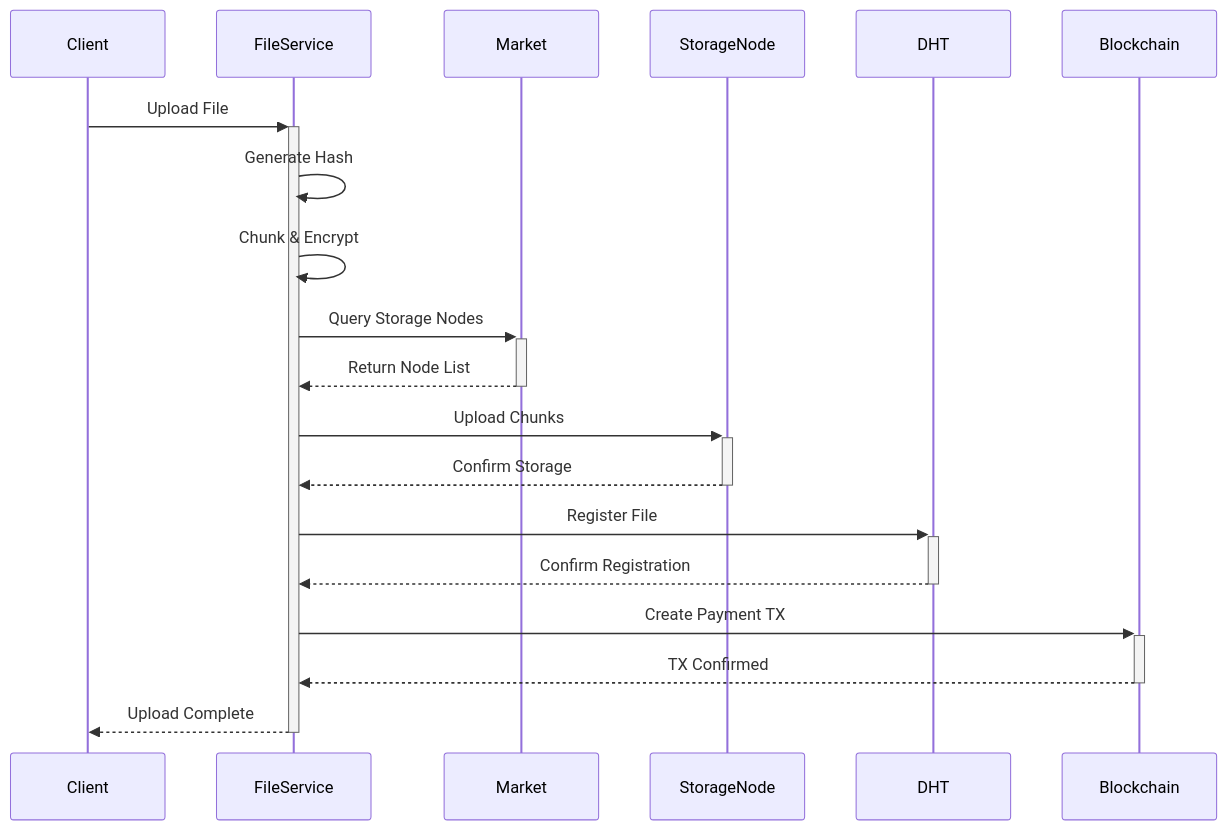
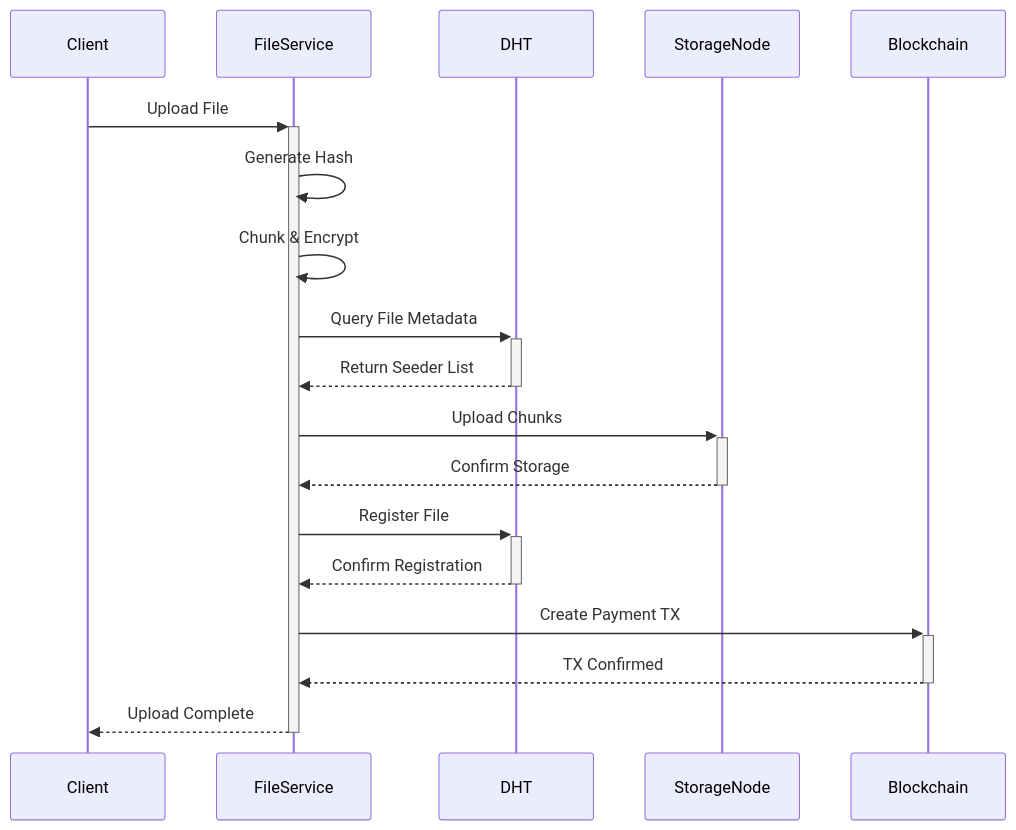
The first of 2 diagrams in docs/02-architecture.md (walrus-chanul-dandeniya/chiral-network), drawn with Mermaid before and after one commit. The commit also changed other lines of this file and 9 other files, not shown here.

````diff
--- a/docs/02-architecture.md
+++ b/docs/02-architecture.md
@@ -286,15 +262,15 @@
 ```mermaid
 sequenceDiagram
     Client->>+FileService: Upload File
     FileService->>FileService: Generate Hash
     FileService->>FileService: Chunk & Encrypt
-    FileService->>+Market: Query Storage Nodes
-    Market-->>-FileService: Return Node List
+    FileService->>+DHT: Query File Metadata
+    DHT-->>-FileService: Return Seeder List
     FileService->>+StorageNode: Upload Chunks
     StorageNode-->>-FileService: Confirm Storage
     FileService->>+DHT: Register File
     DHT-->>-FileService: Confirm Registration
     FileService->>+Blockchain: Create Payment TX
     Blockchain-->>-FileService: TX Confirmed
     FileService-->>-Client: Upload Complete
 ```
````
